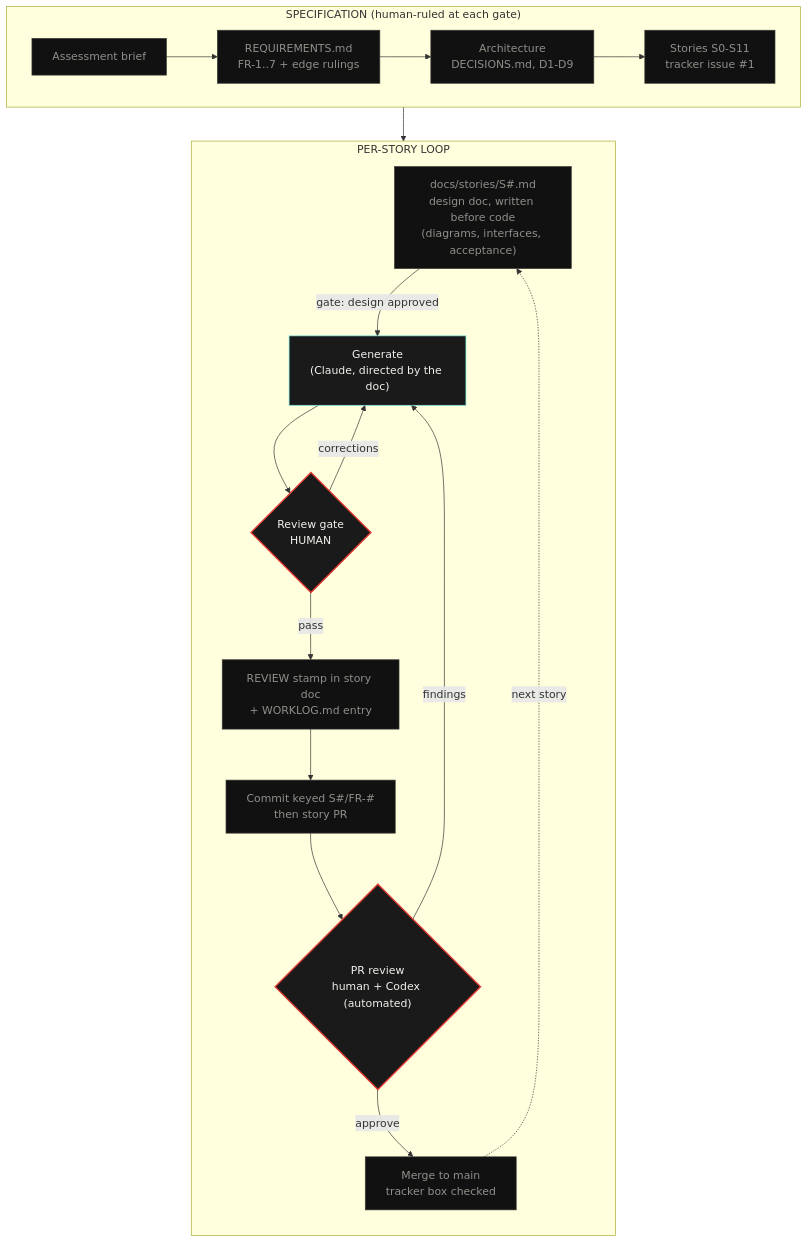
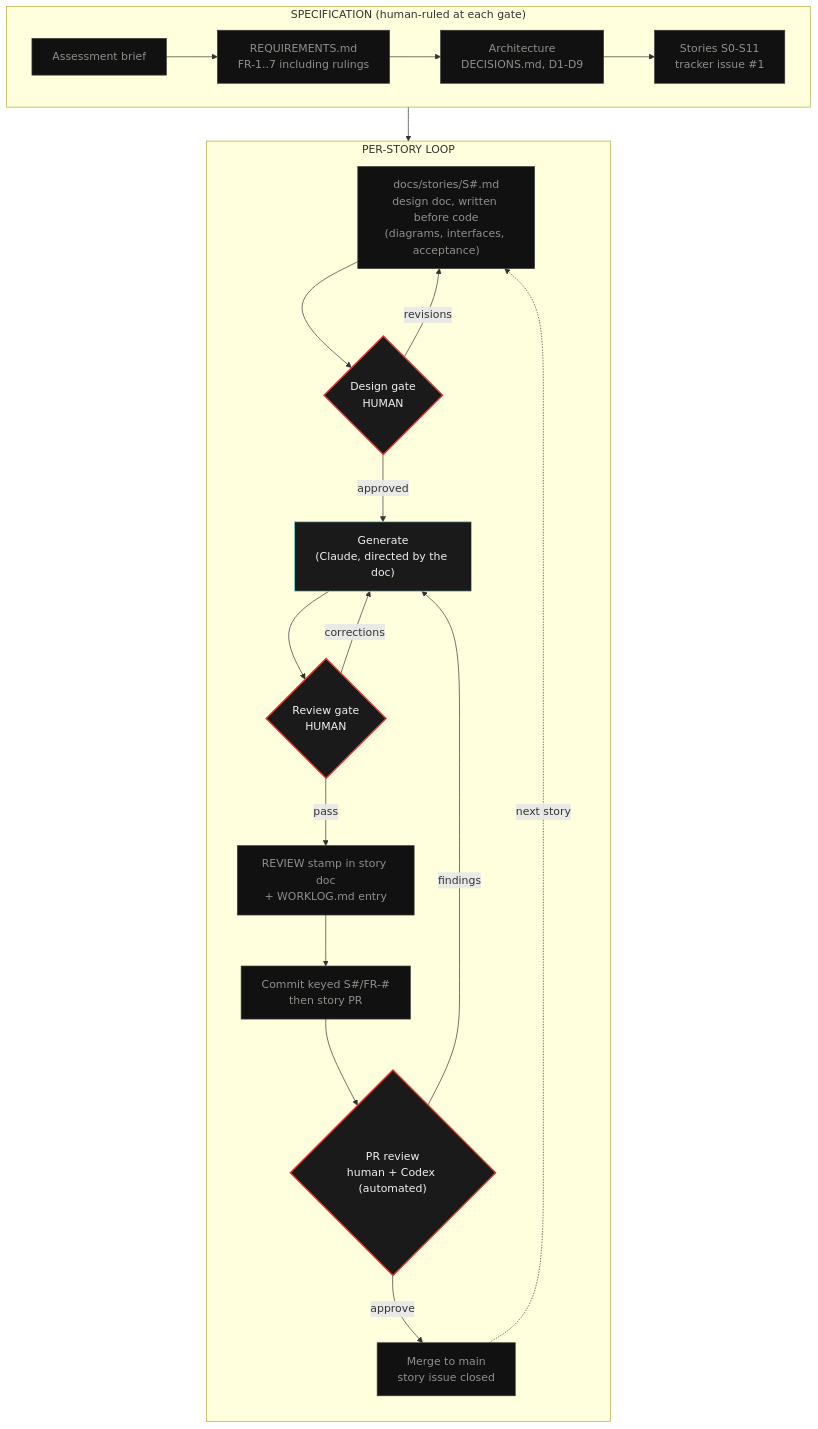
Before and after one commit to ayfor/sentinel: the first of 2 diagrams in README.md, drawn with Mermaid. The commit also changed other lines of this file and 3 other files, not shown here.

First line of the commit message:
S0: docs restructure, design gate, requirements doc, component diagram

````diff
--- a/README.md
+++ b/README.md
@@ -25,32 +27,34 @@
 ```mermaid
 flowchart TB
     subgraph SPEC["SPECIFICATION (human-ruled at each gate)"]
         direction LR
-        A["Assessment brief"] --> B["REQUIREMENTS.md<br/>FR-1..7 + edge rulings"]
+        A["Assessment brief"] --> B["REQUIREMENTS.md<br/>FR-1..7 including rulings"]
         B --> C["Architecture<br/>DECISIONS.md, D1-D9"]
         C --> D["Stories S0-S11<br/>tracker issue #1"]
     end
 
     subgraph LOOP["PER-STORY LOOP"]
         direction TB
         E["docs/stories/S#.md<br/>design doc, written before code<br/>(diagrams, interfaces, acceptance)"]
-        E -->|"gate: design approved"| F["Generate<br/>(Claude, directed by the doc)"]
+        E --> G0{"Design gate<br/>HUMAN"}
+        G0 -->|"revisions"| E
+        G0 -->|"approved"| F["Generate<br/>(Claude, directed by the doc)"]
         F --> G{"Review gate<br/>HUMAN"}
         G -->|"corrections"| F
         G -->|"pass"| H["REVIEW stamp in story doc<br/>+ WORKLOG.md entry"]
         H --> I["Commit keyed S#/FR-#<br/>then story PR"]
         I --> J{"PR review<br/>human + Codex (automated)"}
         J -->|"findings"| F
-        J -->|"approve"| K["Merge to main<br/>tracker box checked"]
+        J -->|"approve"| K["Merge to main<br/>story issue closed"]
     end
 
     D --> E
     K -.->|"next story"| E
 
     classDef human fill:#1a1a1a,stroke:#e0362f,stroke-width:2px,color:#f2f0ec
     classDef ai fill:#1a1a1a,stroke:#69e0db,stroke-width:1px,color:#f2f0ec
     classDef artifact fill:#111,stroke:#3b3a36,stroke-width:1px,color:#908f89
-    class G,J human
+    class G0,G,J human
     class F ai
     class A,B,C,D,E,H,I,K artifact
 ```
````
